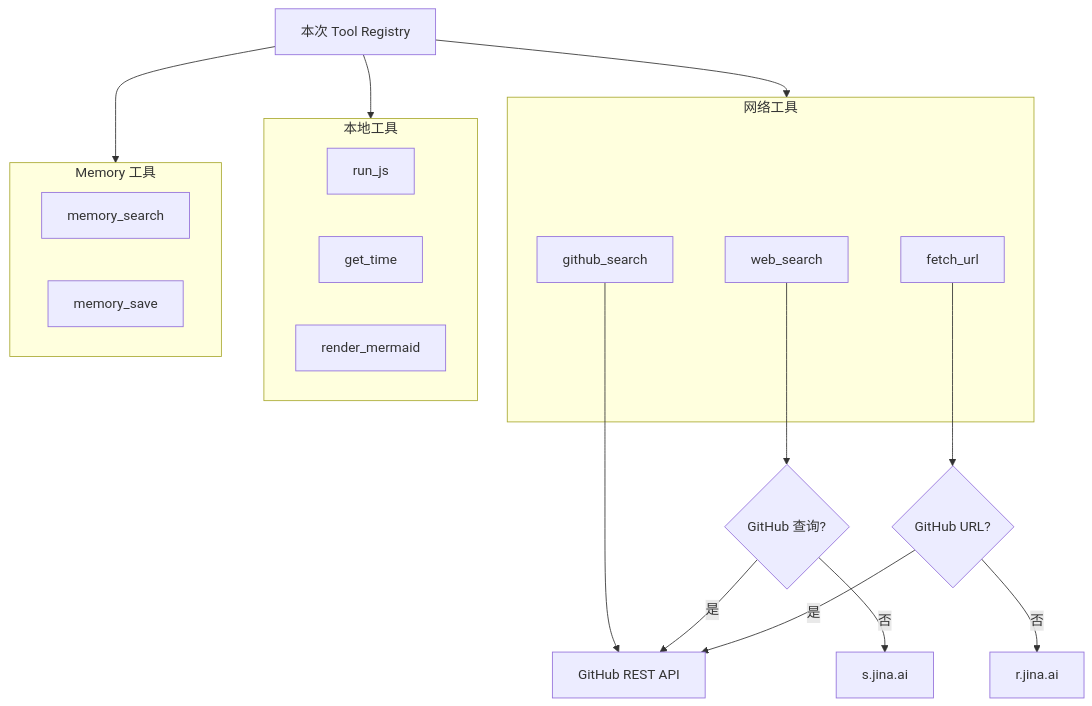
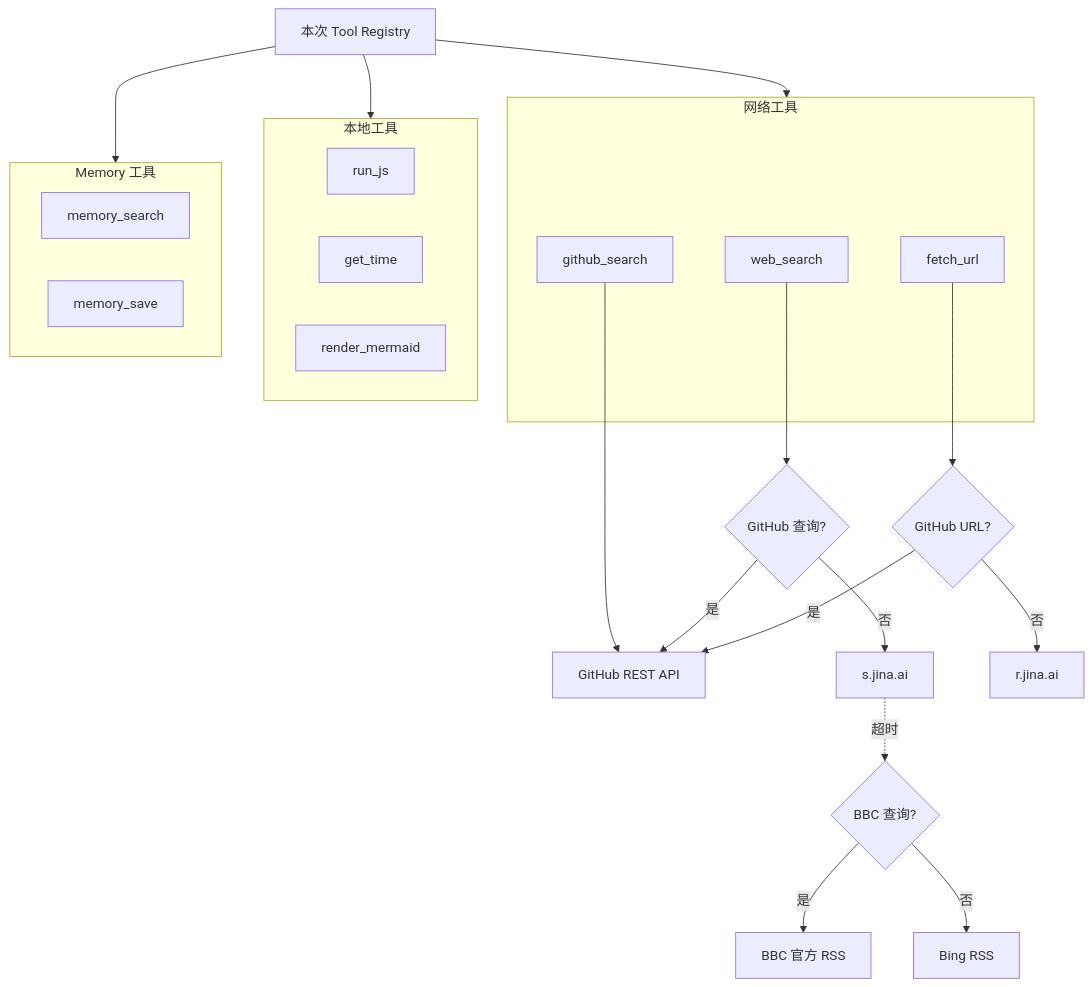
One commit to lijiajia96/llm-local changed the eighth of 16 diagrams in ARCHITECTURE.md. Above: the diagram before and after it, drawn with Mermaid. The commit also changed other lines of this file and 27 other files, not shown here.

````diff
--- a/ARCHITECTURE.md
+++ b/ARCHITECTURE.md
@@ -300,33 +364,36 @@
 ```mermaid
 flowchart TB
     Registry[本次 Tool Registry]
 
     subgraph Network["网络工具"]
         Web[web_search]
         GitHub[github_search]
         Fetch[fetch_url]
     end
 
     subgraph Local["本地工具"]
         JS[run_js]
         Time[get_time]
         Mermaid[render_mermaid]
     end
 
     subgraph MemoryTools["Memory 工具"]
         Search[memory_search]
         Save[memory_save]
     end
 
     Registry --> Network
     Registry --> Local
     Registry --> MemoryTools
 
     GitHub --> GitHubAPI[GitHub REST API]
     Web --> Router{GitHub 查询?}
     Router -- 是 --> GitHubAPI
     Router -- 否 --> JinaSearch[s.jina.ai]
+    JinaSearch -. 超时 .-> SearchFallback{BBC 查询?}
+    SearchFallback -- 是 --> BBCRSS[BBC 官方 RSS]
+    SearchFallback -- 否 --> BingRSS[Bing RSS]
     Fetch --> FetchRouter{GitHub URL?}
     FetchRouter -- 是 --> GitHubAPI
     FetchRouter -- 否 --> JinaReader[r.jina.ai]
 ```
````
